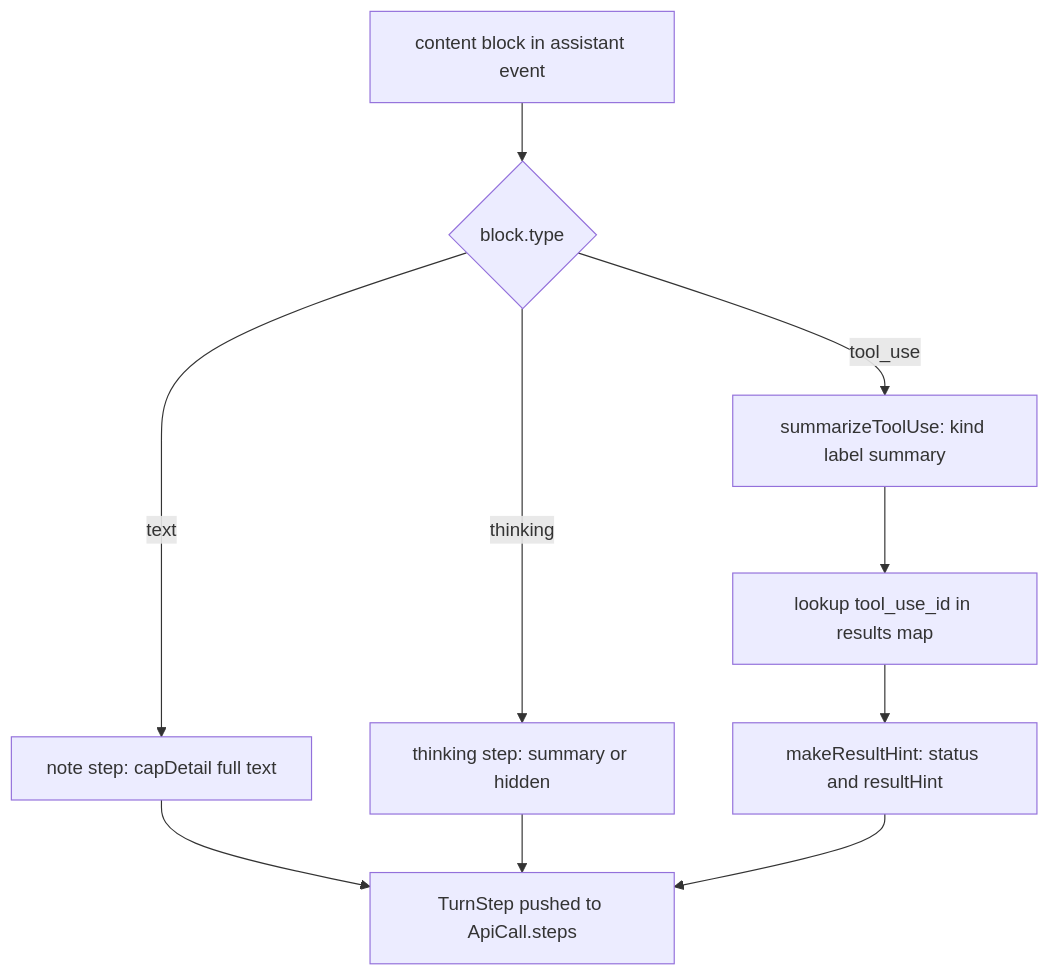
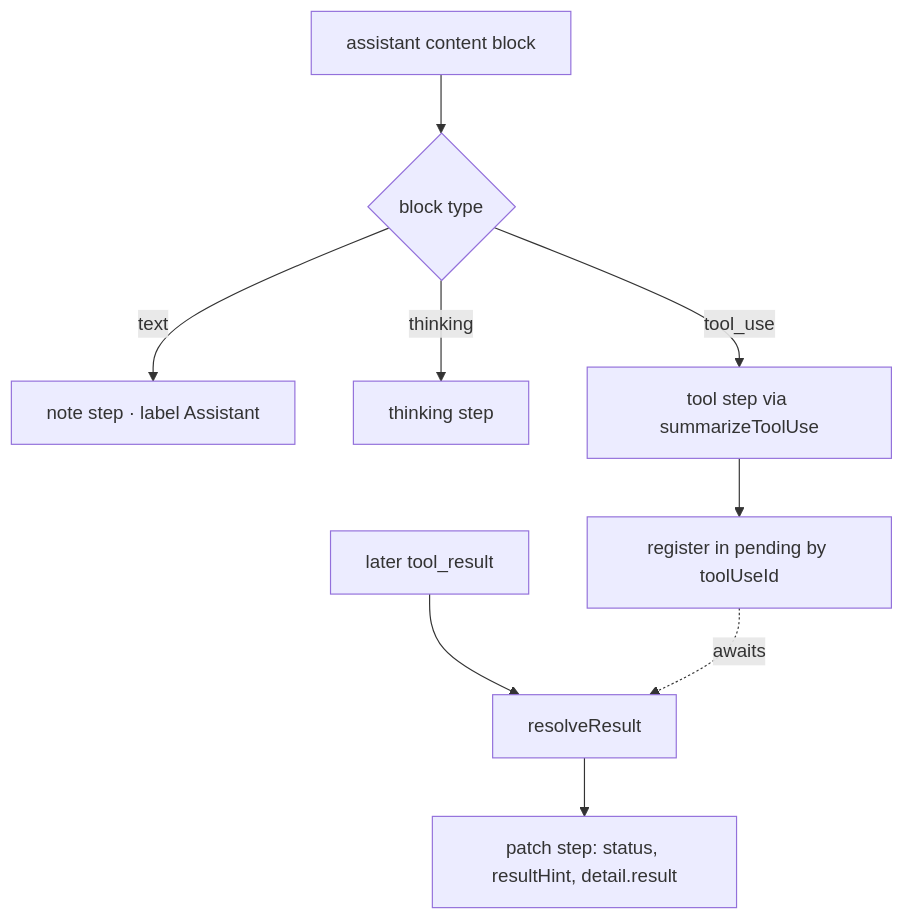
The diagram in wiki/2.4-per-turn-steps.md (yorch/cc-analyzer), drawn with Mermaid before and after one commit. The commit also changed other lines of this file and 19 other files, not shown here.

````diff
--- a/wiki/2.4-per-turn-steps.md
+++ b/wiki/2.4-per-turn-steps.md
@@ -28,12 +30,12 @@
 ```mermaid
 flowchart TD
-    Block[content block in assistant event] --> Kind{block.type}
-    Kind -->|text| Note[note step: capDetail full text]
-    Kind -->|thinking| Think[thinking step: summary or hidden]
-    Kind -->|tool_use| Tool[summarizeToolUse: kind label summary]
-    Tool --> Lookup[lookup tool_use_id in results map]
-    Lookup --> Hint[makeResultHint: status and resultHint]
-    Note --> Steps[TurnStep pushed to ApiCall.steps]
-    Think --> Steps
-    Hint --> Steps
+    Assistant[assistant content block] --> Kind{block type}
+    Kind -->|text| Note[note step · label Assistant]
+    Kind -->|thinking| Think[thinking step]
+    Kind -->|tool_use| Tool[tool step via summarizeToolUse]
+
+    Tool --> Pending[register in pending by toolUseId]
+    Result[later tool_result] --> Resolve[resolveResult]
+    Pending -.awaits.-> Resolve
+    Resolve --> Patch[patch step: status, resultHint, detail.result]
 ```
````
